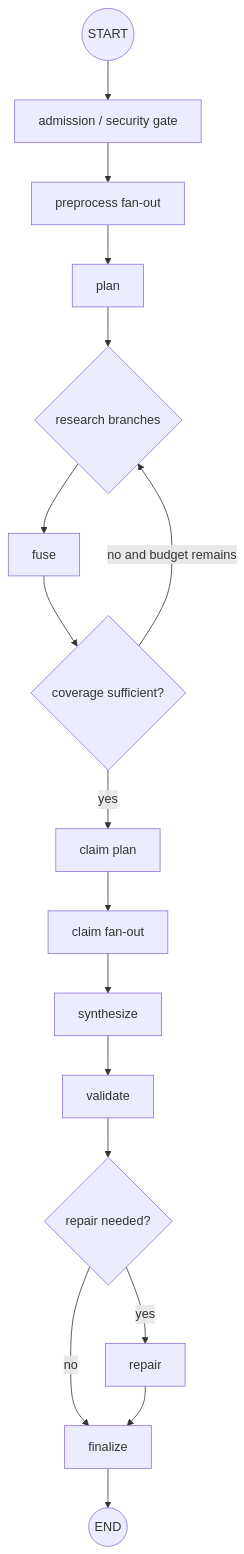
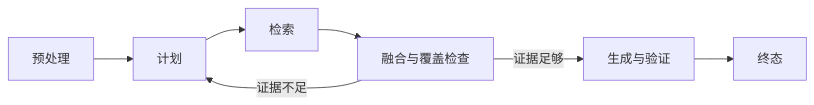
One commit to upJiang/jiang-blog-vitepress changed the diagram in docs/agent-practice/08-langgraph-state-reducers.md. Above: the diagram before and after it, drawn with Mermaid. The commit also changed other lines of this file and 164 other files, not shown here.

````diff
--- a/docs/agent-practice/08-langgraph-state-reducers.md
+++ b/docs/agent-practice/08-langgraph-state-reducers.md
@@ -61,19 +21,9 @@
 ```mermaid
-flowchart TD
-  S((START)) --> G[admission / security gate]
-  G --> P[preprocess fan-out]
-  P --> Q[plan]
-  Q --> R{research branches}
-  R --> F[fuse]
-  F --> C{coverage sufficient?}
-  C -- no and budget remains --> R
-  C -- yes --> CP[claim plan]
-  CP --> CL[claim fan-out]
-  CL --> A[synthesize]
-  A --> V[validate]
-  V --> D{repair needed?}
-  D -- yes --> X[repair]
-  D -- no --> Z[finalize]
-  X --> Z
-  Z --> E((END))
+flowchart LR
+  A[预处理] --> B[计划]
+  B --> C[检索]
+  C --> D[融合与覆盖检查]
+  D -->|证据不足| B
+  D -->|证据足够| E[生成与验证]
+  E --> F[终态]
 ```
````
